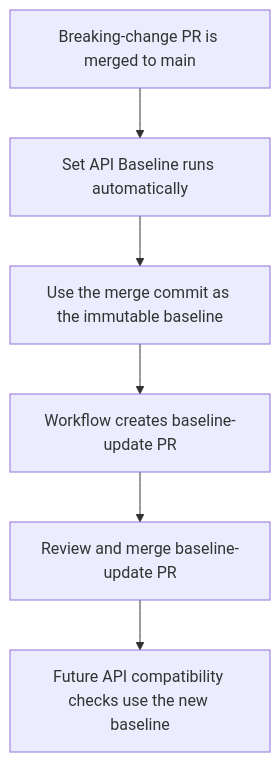
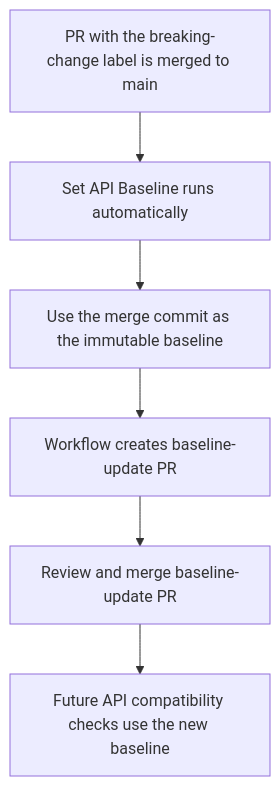
The second of 2 diagrams in docs/workflows/api-compatibility.md (HDCharts/charts), drawn with Mermaid before and after one commit. The commit also changed other lines of this file and 9 other files, not shown here.

````diff
--- a/docs/workflows/api-compatibility.md
+++ b/docs/workflows/api-compatibility.md
@@ -46,8 +62,8 @@
 ```mermaid
 flowchart TD
-  A["Breaking-change PR is merged to main"] --> B["Set API Baseline runs automatically"]
+  A["PR with the breaking-change label is merged to main"] --> B["Set API Baseline runs automatically"]
   B --> C["Use the merge commit as the immutable baseline"]
   C --> D["Workflow creates baseline-update PR"]
   D --> E["Review and merge baseline-update PR"]
   E --> F["Future API compatibility checks use the new baseline"]
 ```
````
